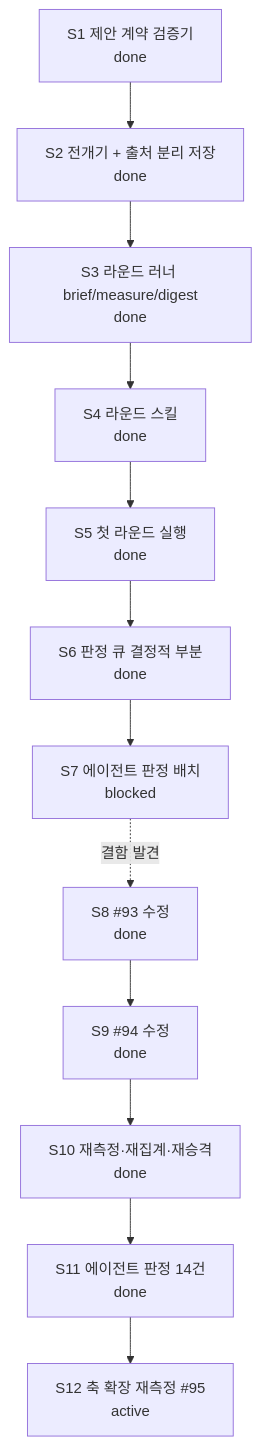
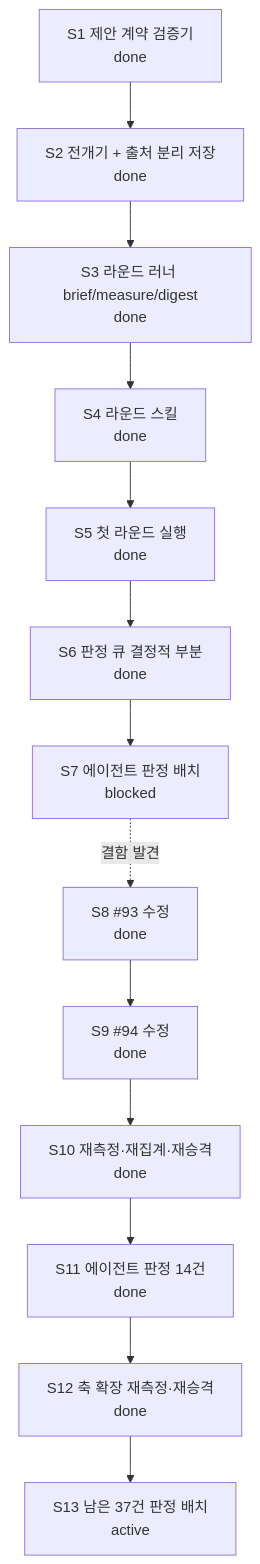
The diagram in docs/CURRENT-PLAN.md (skerfolg/poe2-ai-wiki), drawn with Mermaid before and after one commit. The commit also changed other lines of this file and 8 other files, not shown here.

First line of the commit message:
#95 완결 — 13축 재측정·재승격, 그리고 큐 필터도 전 축을 본다

````diff
--- a/docs/CURRENT-PLAN.md
+++ b/docs/CURRENT-PLAN.md
@@ -23,17 +23,18 @@
 ```mermaid
 flowchart TD
   CONTRACT[S1 제안 계약 검증기<br/>done]
   FLOW[S2 전개기 + 출처 분리 저장<br/>done]
   ROUND[S3 라운드 러너 brief/measure/digest<br/>done]
   SKILL[S4 라운드 스킬<br/>done]
   FIRST[S5 첫 라운드 실행<br/>done]
   NECESS[S6 판정 큐 결정적 부분<br/>done]
   JUDGE[S7 에이전트 판정 배치<br/>blocked]
   FIX[S8 #93 수정<br/>done]
   REMEAS[S9 #94 수정<br/>done]
   REAGG[S10 재측정·재집계·재승격<br/>done]
   RESUME[S11 에이전트 판정 14건<br/>done]
-  AXES[S12 축 확장 재측정 #95<br/>active]
+  AXES[S12 축 확장 재측정·재승격<br/>done]
+  NEXT2[S13 남은 37건 판정 배치<br/>active]
   CONTRACT --> FLOW --> ROUND --> SKILL --> FIRST --> NECESS --> JUDGE
-  JUDGE -. 결함 발견 .-> FIX --> REMEAS --> REAGG --> RESUME --> AXES
+  JUDGE -. 결함 발견 .-> FIX --> REMEAS --> REAGG --> RESUME --> AXES --> NEXT2
 ```
````
